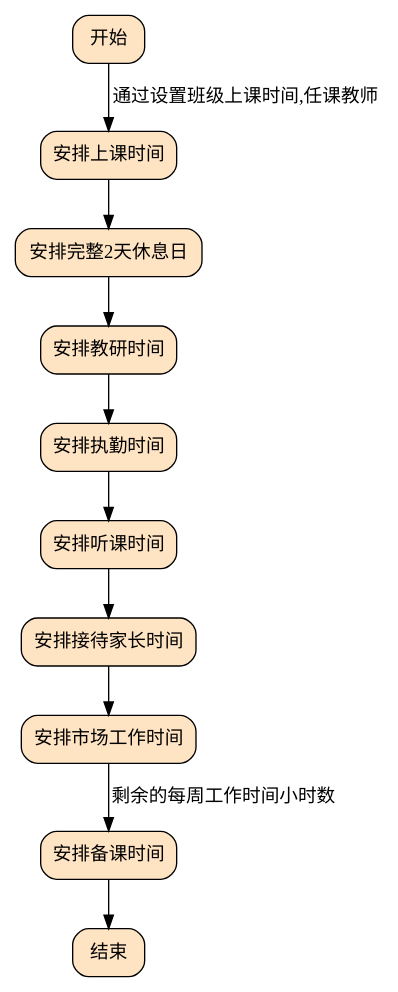
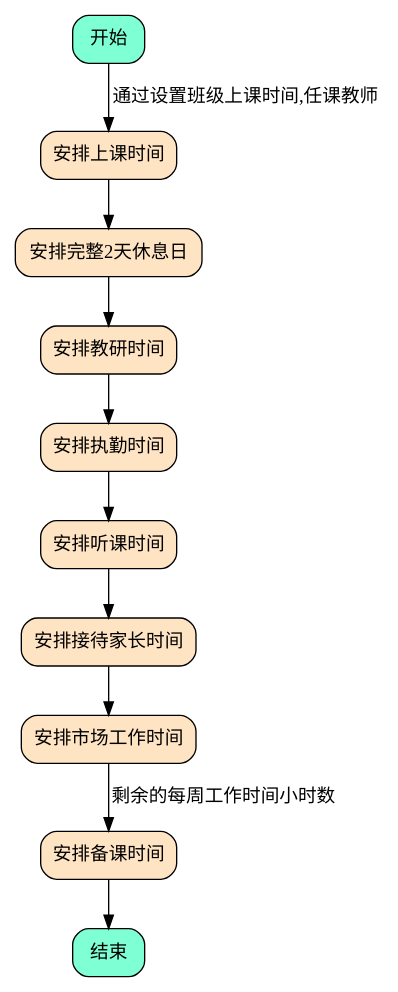
One commit to diandian888/mx-requirements changed the diagram in management-system/hr/arrangement/svg/01.dot. Above: the diagram before and after it, drawn with Graphviz. The commit also changed 1 other file, not shown here.

Commit message:
More formal DOT file for flowchart of 教师工作时间安排

```diff
--- a/management-system/hr/arrangement/svg/01.dot
+++ b/management-system/hr/arrangement/svg/01.dot
@@ -1,10 +1,20 @@
 digraph {
+    node [shape="box", style="rounded,filled", fillcolor="aquamarine"]
+        start[label="开始"];
+        end[label="结束"];
+
     node [shape="box", style="rounded,filled", fillcolor="bisque"]
-        安排上课时间 -> 安排完整2天休息日 -> 安排教研时间 ->
-        安排执勤时间 -> 安排听课时间 -> 安排接待家长时间 ->
-        安排市场工作时间
+        s1[label="安排上课时间"];
+        s2[label="安排完整2天休息日"];
+        s3[label="安排教研时间"];
+        s4[label="安排执勤时间"];
+        s5[label="安排听课时间"];
+        s6[label="安排接待家长时间"];
+        s7[label="安排市场工作时间"];
+        s8[label="安排备课时间"];
 
-        开始 -> 安排上课时间[label="通过设置班级上课时间,任课教师"]
-        安排市场工作时间 -> 安排备课时间[label="剩余的每周工作时间小时数"]
-        安排备课时间 -> 结束
+    start -> s1[label="通过设置班级上课时间,任课教师"];
+    s1 -> s2 -> s3 -> s4 -> s5 -> s6 -> s7;
+    s7 -> s8[label="剩余的每周工作时间小时数"];
+    s8 -> end;
 }
```
